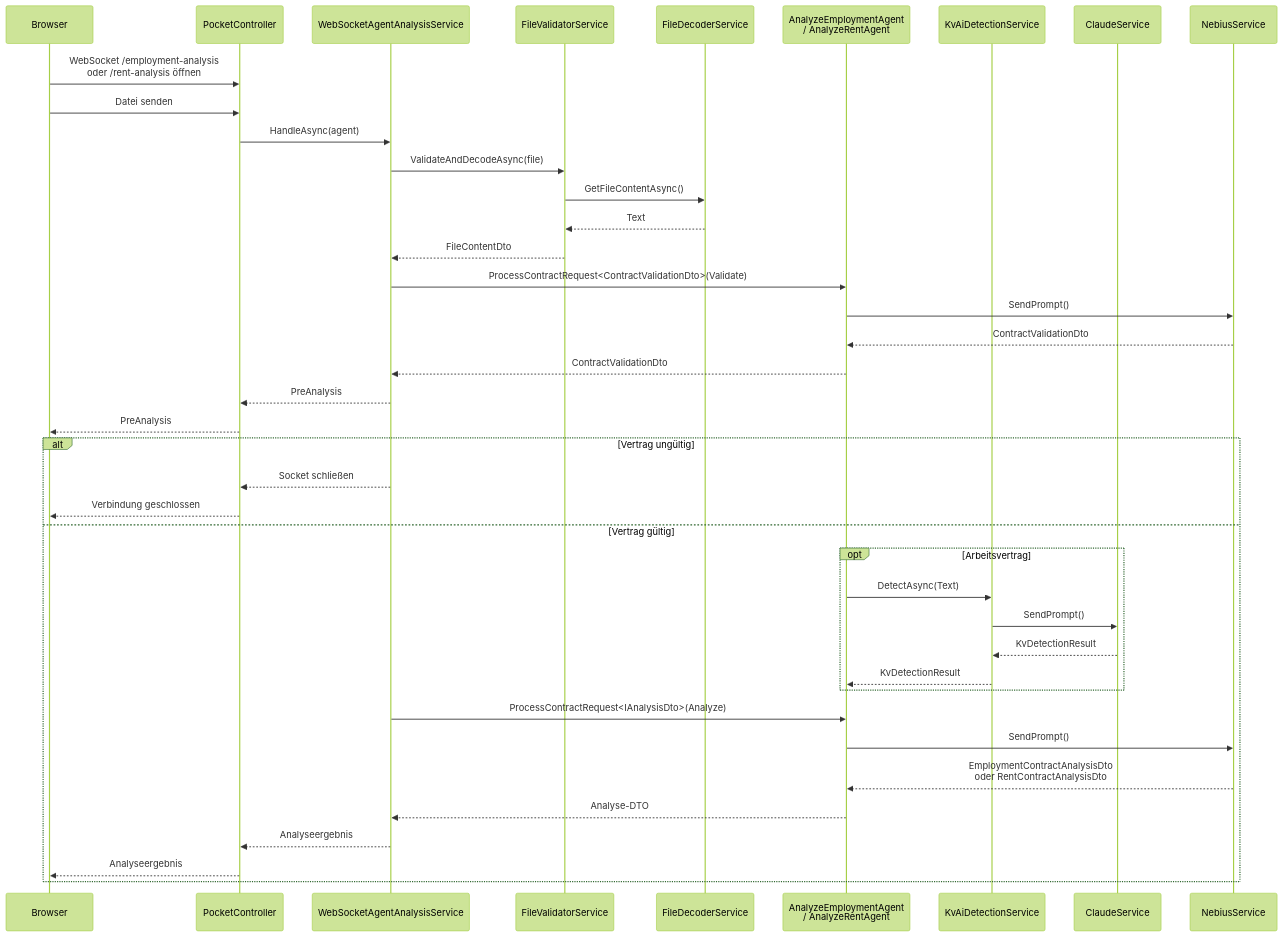
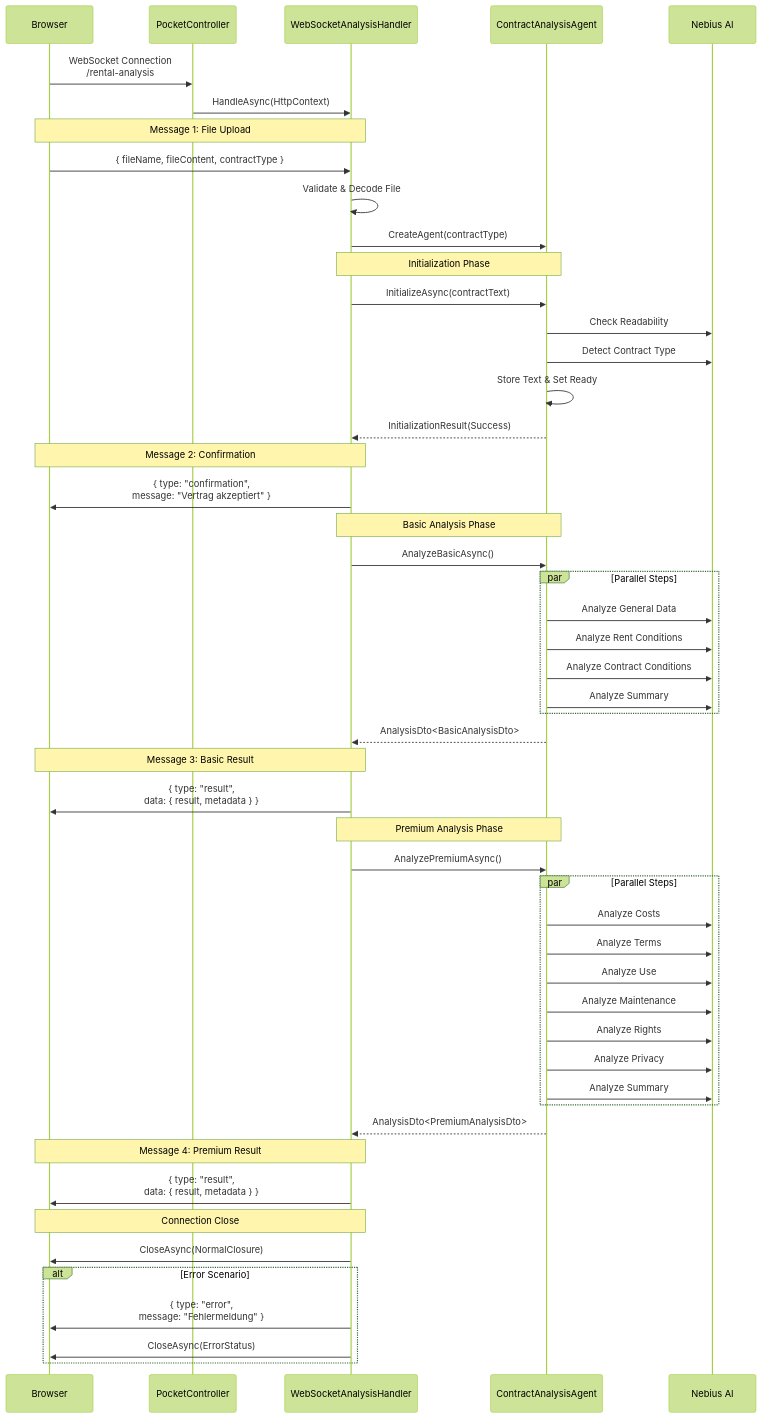
The fifth of 9 diagrams in docs/Diagrams/diagrams.md (sebastian-305/PocketLawyer), drawn with Mermaid (forest theme) before and after one commit. The commit also changed other lines of this file and 85 other files, not shown here.

Commit message:
Big rework. New Agent logic. New output design. Automatic rendering wich Schema-Styling information. SST.

````diff
--- a/docs/Diagrams/diagrams.md
+++ b/docs/Diagrams/diagrams.md
@@ -379,44 +429,63 @@
 ```mermaid
 sequenceDiagram
     participant FE as Browser
     participant PC as PocketController
-    participant WS as WebSocketAgentAnalysisService
-    participant FV as FileValidatorService
-    participant FDS as FileDecoderService
-    participant AG as AnalyzeEmploymentAgent<br>/ AnalyzeRentAgent
-    participant KD as KvAiDetectionService
-    participant CLA as ClaudeService
-    participant NEB as NebiusService
+    participant WSH as WebSocketAnalysisHandler
+    participant AG as ContractAnalysisAgent
+    participant NEB as Nebius AI
 
-    FE->>PC: WebSocket /employment-analysis<br>oder /rent-analysis öffnen
-    FE->>PC: Datei senden
-    PC->>WS: HandleAsync(agent)
-    WS->>FV: ValidateAndDecodeAsync(file)
-    FV->>FDS: GetFileContentAsync()
-    FDS-->>FV: Text
-    FV-->>WS: FileContentDto
-    WS->>AG: ProcessContractRequest<ContractValidationDto>(Validate)
-    AG->>NEB: SendPrompt()
-    NEB-->>AG: ContractValidationDto
-    AG-->>WS: ContractValidationDto
-    WS-->>PC: PreAnalysis
-    PC-->>FE: PreAnalysis
-
-    alt Vertrag ungültig
-        WS-->>PC: Socket schließen
-        PC-->>FE: Verbindung geschlossen
-    else Vertrag gültig
-        opt Arbeitsvertrag
-            AG->>KD: DetectAsync(Text)
-            KD->>CLA: SendPrompt()
-            CLA-->>KD: KvDetectionResult
-            KD-->>AG: KvDetectionResult
-        end
-        WS->>AG: ProcessContractRequest<IAnalysisDto>(Analyze)
-        AG->>NEB: SendPrompt()
-        NEB-->>AG: EmploymentContractAnalysisDto<br>oder RentContractAnalysisDto
-        AG-->>WS: Analyse-DTO
-        WS-->>PC: Analyseergebnis
-        PC-->>FE: Analyseergebnis
+    FE->>PC: WebSocket Connection<br>/rental-analysis
+    PC->>WSH: HandleAsync(HttpContext)
+    
+    Note over FE,WSH: Message 1: File Upload
+    FE->>WSH: { fileName, fileContent, contractType }
+    WSH->>WSH: Validate & Decode File
+    WSH->>AG: CreateAgent(contractType)
+    
+    Note over WSH,AG: Initialization Phase
+    WSH->>AG: InitializeAsync(contractText)
+    AG->>NEB: Check Readability
+    AG->>NEB: Detect Contract Type
+    AG->>AG: Store Text & Set Ready
+    AG-->>WSH: InitializationResult(Success)
+    
+    Note over FE,WSH: Message 2: Confirmation
+    WSH->>FE: { type: "confirmation",<br>message: "Vertrag akzeptiert" }
+    
+    Note over WSH,AG: Basic Analysis Phase
+    WSH->>AG: AnalyzeBasicAsync()
+    par Parallel Steps
+        AG->>NEB: Analyze General Data
+        AG->>NEB: Analyze Rent Conditions
+        AG->>NEB: Analyze Contract Conditions
+        AG->>NEB: Analyze Summary
+    end
+    AG-->>WSH: AnalysisDto<BasicAnalysisDto>
+    
+    Note over FE,WSH: Message 3: Basic Result
+    WSH->>FE: { type: "result",<br>data: { result, metadata } }
+    
+    Note over WSH,AG: Premium Analysis Phase
+    WSH->>AG: AnalyzePremiumAsync()
+    par Parallel Steps
+        AG->>NEB: Analyze Costs
+        AG->>NEB: Analyze Terms
+        AG->>NEB: Analyze Use
+        AG->>NEB: Analyze Maintenance
+        AG->>NEB: Analyze Rights
+        AG->>NEB: Analyze Privacy
+        AG->>NEB: Analyze Summary
+    end
+    AG-->>WSH: AnalysisDto<PremiumAnalysisDto>
+    
+    Note over FE,WSH: Message 4: Premium Result
+    WSH->>FE: { type: "result",<br>data: { result, metadata } }
+    
+    Note over FE,WSH: Connection Close
+    WSH->>FE: CloseAsync(NormalClosure)
+    
+    alt Error Scenario
+        WSH->>FE: { type: "error",<br>message: "Fehlermeldung" }
+        WSH->>FE: CloseAsync(ErrorStatus)
     end
 ```
````
